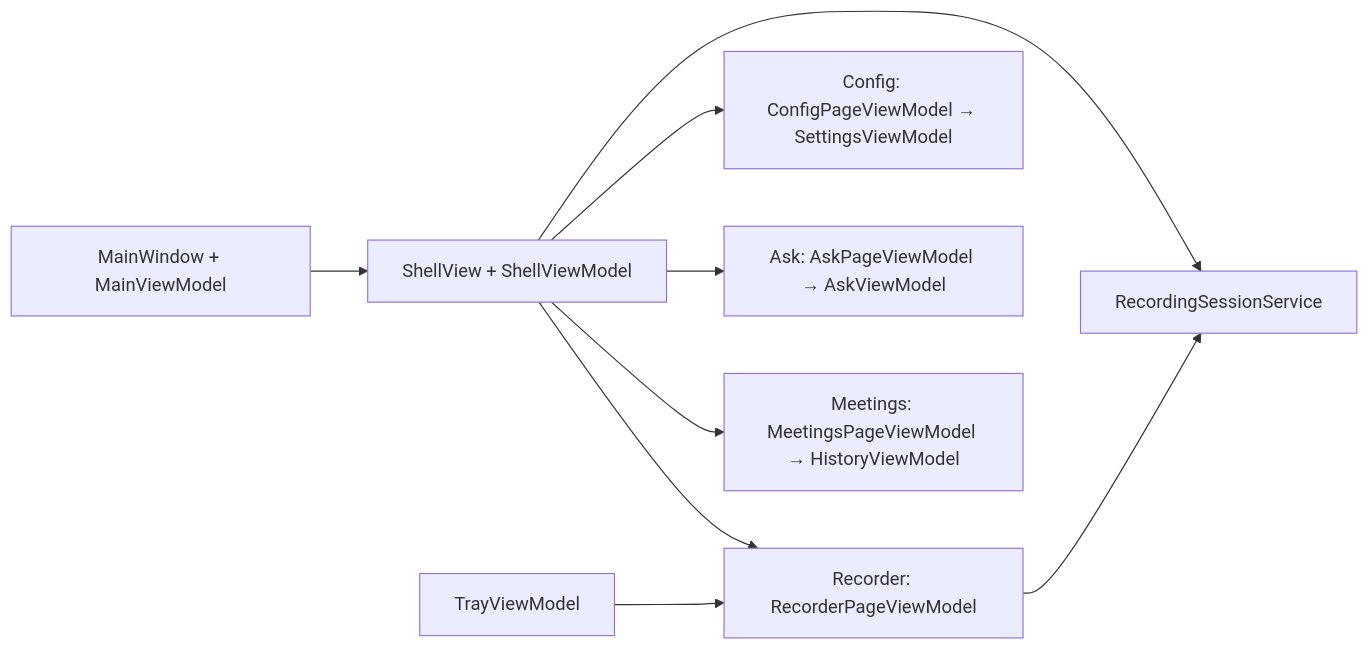
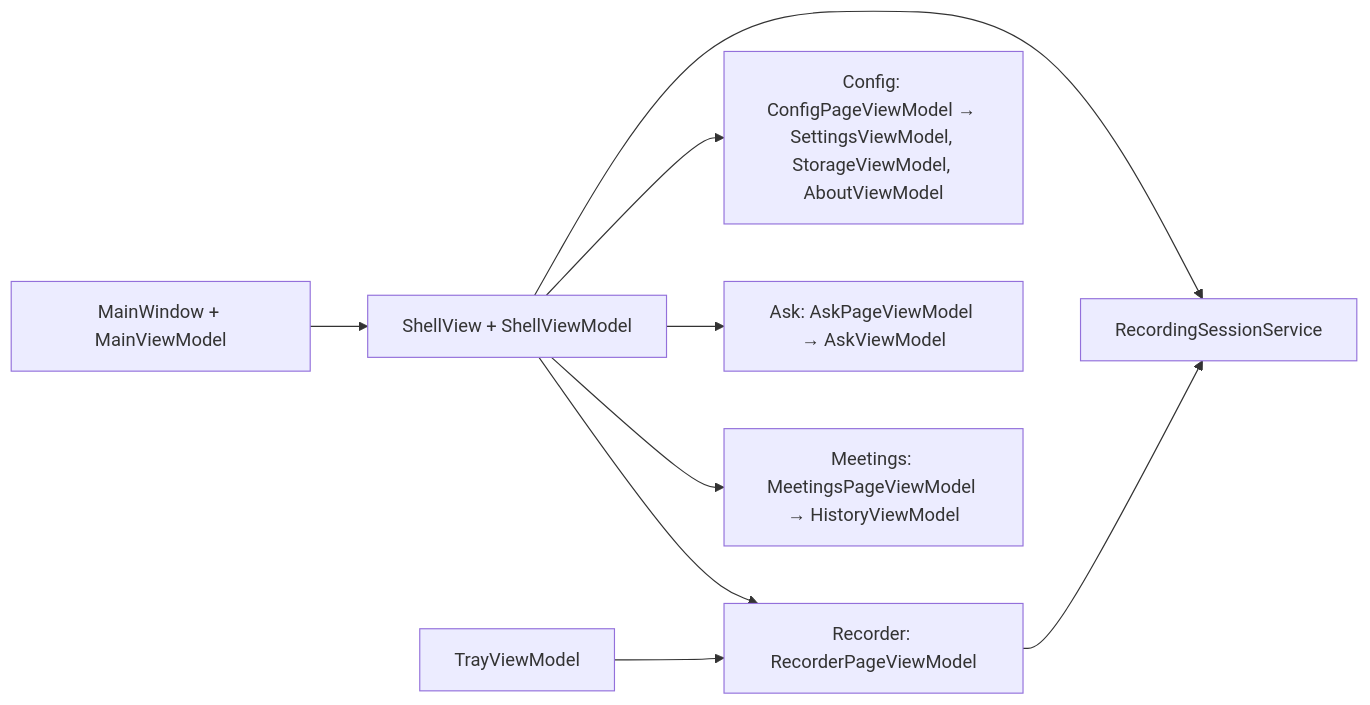
Before and after one commit to laquilas/VozAta: the second of 2 diagrams in docs/roadmap/architecture.md, drawn with Mermaid. The commit also changed other lines of this file and 25 other files, not shown here.

Commit message:
feat(ui): redesign the config page with sections, search, option lists and service tests

````diff
--- a/docs/roadmap/architecture.md
+++ b/docs/roadmap/architecture.md
@@ -790,11 +790,11 @@
 ```mermaid
 graph LR
   MW[MainWindow + MainViewModel] --> SV[ShellView + ShellViewModel]
   SV --> R[Recorder: RecorderPageViewModel]
   SV --> M[Meetings: MeetingsPageViewModel → HistoryViewModel]
   SV --> A[Ask: AskPageViewModel → AskViewModel]
-  SV --> C[Config: ConfigPageViewModel → SettingsViewModel]
+  SV --> C[Config: ConfigPageViewModel → SettingsViewModel, StorageViewModel, AboutViewModel]
   R --> S[RecordingSessionService]
   SV --> S
   T[TrayViewModel] --> R
 ```
````
